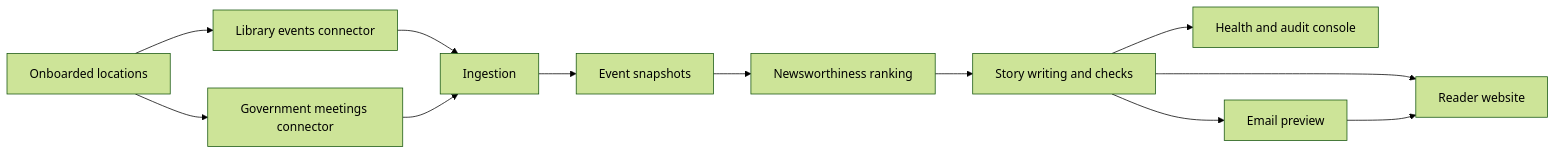
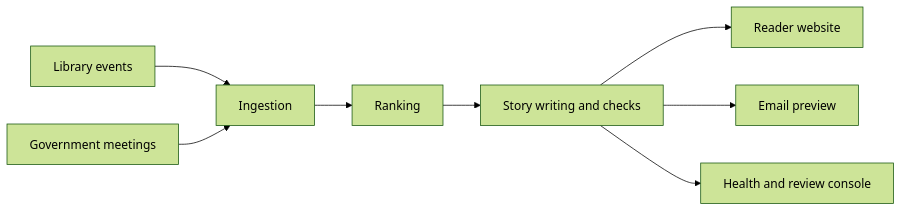
One commit to vbafnaa/NewsBee changed the diagram in README.md. Above: the diagram before and after it, drawn with Mermaid (forest theme). The commit also changed other lines of this file and 1 other file, not shown here.

````diff
--- a/README.md
+++ b/README.md
@@ -9,14 +12,9 @@
 ```mermaid
 flowchart LR
-  Locations[Onboarded locations] --> Library[Library events connector]
-  Locations --> Meetings[Government meetings connector]
-  Library --> Ingest[Ingestion]
-  Meetings --> Ingest
-  Ingest --> Snapshot[Event snapshots]
-  Snapshot --> Rank[Newsworthiness ranking]
-  Rank --> Write[Story writing and checks]
+  Library[Library events] --> Ingest[Ingestion]
+  Meetings[Government meetings] --> Ingest
+  Ingest --> Rank[Ranking] --> Write[Story writing and checks]
   Write --> Site[Reader website]
-  Write --> Console[Health and audit console]
   Write --> Email[Email preview]
-  Email --> Site
+  Write --> Console[Health and review console]
 ```
````
